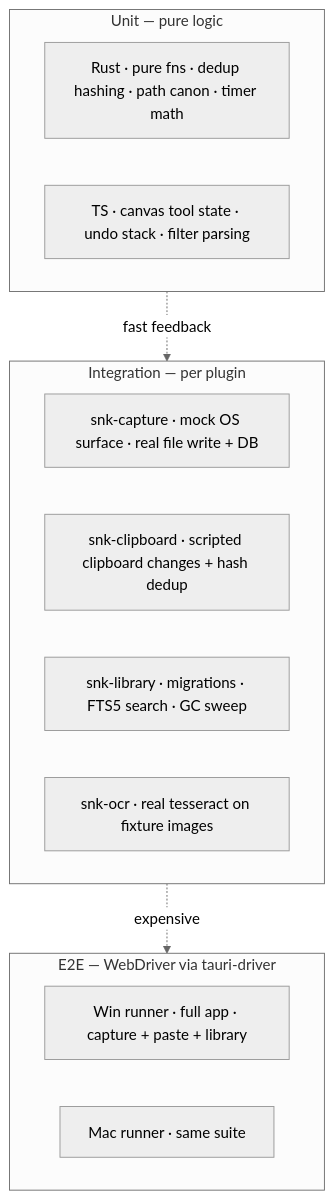
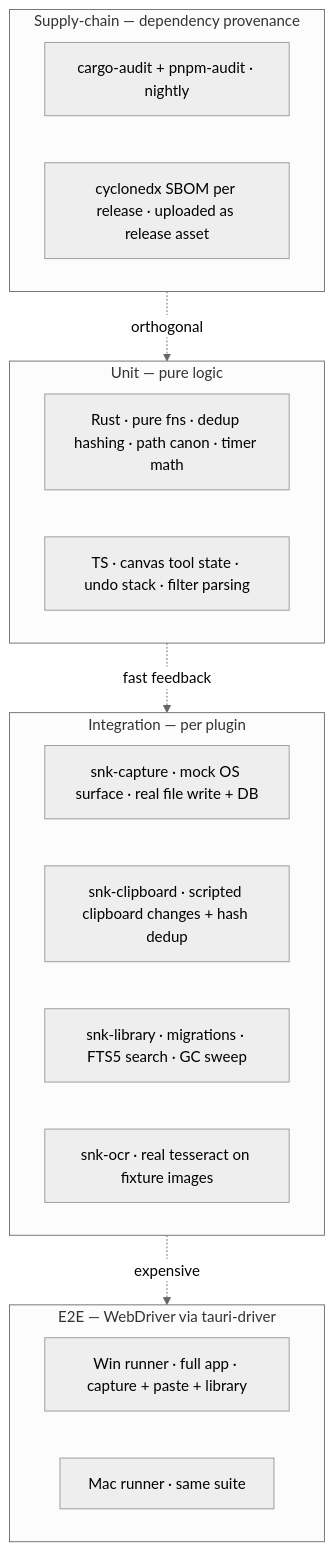
The sixth of 6 diagrams in docs/superpowers/specs/2026-05-20-snapper-keeper-design.md (ehartye/snapper-keeper), drawn with Mermaid (neutral theme) before and after one commit. The commit also changed other lines of this file and 7 other files, not shown here.

````diff
--- a/docs/superpowers/specs/2026-05-20-snapper-keeper-design.md
+++ b/docs/superpowers/specs/2026-05-20-snapper-keeper-design.md
@@ -647,20 +647,25 @@
 ```mermaid
 graph TB
+    subgraph SupplyChain["Supply-chain — dependency provenance"]
+        SCAudit[cargo-audit + pnpm-audit · nightly]
+        SCSBOM[cyclonedx SBOM per release · uploaded as release asset]
+    end
     subgraph E2E["E2E — WebDriver via tauri-driver"]
         E2EWin[Win runner · full app · capture + paste + library]
         E2EMac[Mac runner · same suite]
     end
     subgraph Integration["Integration — per plugin"]
         IntCapture[snk-capture · mock OS surface · real file write + DB]
         IntClipboard[snk-clipboard · scripted clipboard changes + hash dedup]
         IntLibrary[snk-library · migrations · FTS5 search · GC sweep]
         IntOCR[snk-ocr · real tesseract on fixture images]
     end
     subgraph Unit["Unit — pure logic"]
         UnitRust[Rust · pure fns · dedup hashing · path canon · timer math]
         UnitTS[TS · canvas tool state · undo stack · filter parsing]
     end
 
     Unit -.fast feedback.-> Integration
     Integration -.expensive.-> E2E
+    SupplyChain -.orthogonal.-> Unit
 ```
````
